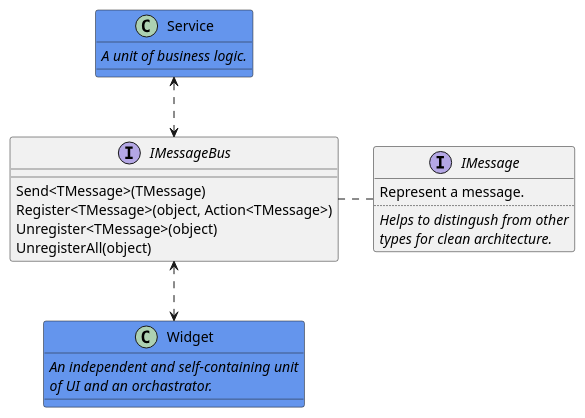
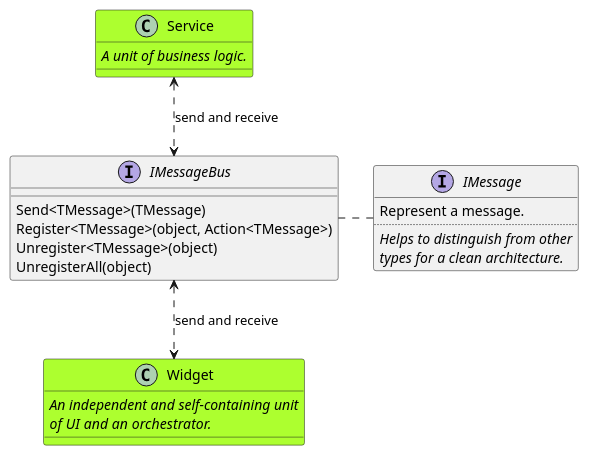
Before and after one commit to akobr/blazor.widgetised: the first of 10 diagrams in docs/diagrams.puml, drawn with PlantUML. The commit also changed other lines of this file and 13 other files, not shown here.

Commit message:
documentation of architecture

```diff
--- a/docs/diagrams.puml
+++ b/docs/diagrams.puml
@@ -1,30 +1,30 @@
 @startuml architecture-overview
 
 interface IMessage {
     Represent a message.
     ..
-    <i>Helps to distingush from other</i>
-    <i>types for clean architecture.</i>
+    <i>Helps to distinguish from other</i>
+    <i>types for a clean architecture.</i>
 }
 
 interface IMessageBus {
     Send<TMessage>(TMessage)
     Register<TMessage>(object, Action<TMessage>)
     Unregister<TMessage>(object)
     UnregisterAll(object)
 }
 
-class Service #CornflowerBlue {
+class Service #GreenYellow {
     <i>A unit of business logic.</i>
 }
 
-class Widget #CornflowerBlue {
+class Widget #GreenYellow {
     <i>An independent and self-containing unit</i>
-    <i>of UI and an orchastrator.</i>
+    <i>of UI and an orchestrator.</i>
 }
 
-Service <..> IMessageBus
-IMessageBus <..> Widget
+Service <..> IMessageBus : send and receive
+IMessageBus <..> Widget : send and receive
 IMessageBus . IMessage
 
 @enduml
```
